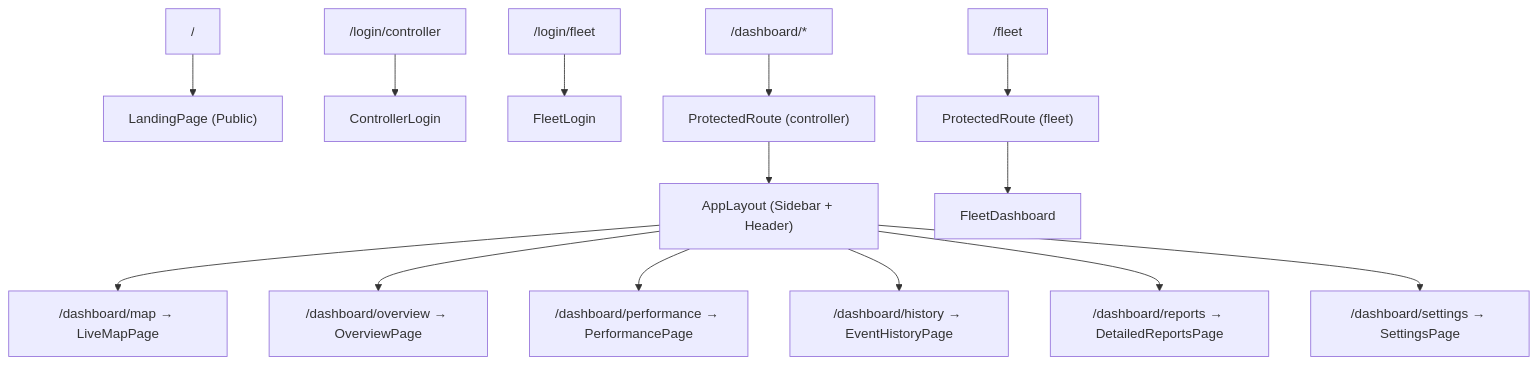
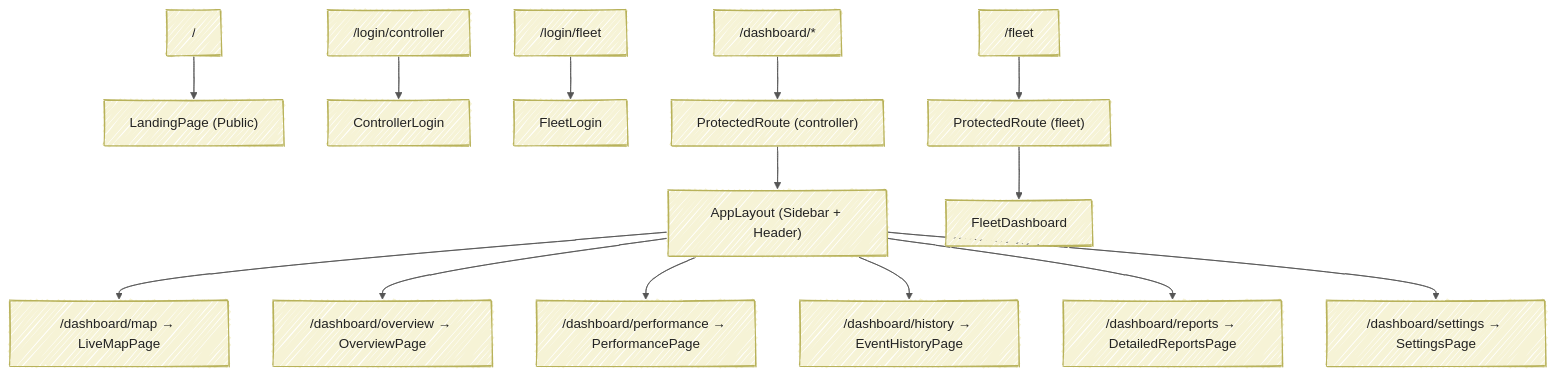
One commit to veeddduuuu/gridlock_prototype changed the sixth of 8 diagrams in README.md. Above: the diagram before and after it, drawn with Mermaid.

Commit message:
Enhance README with Mermaid diagram and styles
Added Mermaid diagram configuration and updated README.

````diff
--- a/README.md
+++ b/README.md
@@ -524,16 +524,34 @@
 ```mermaid
+---
+config:
+  theme: base
+  look: handDrawn
+  themeVariables:
+    primaryColor: "#F6F3D6"
+    primaryBorderColor: "#B8B25A"
+    primaryTextColor: "#222222"
+
+    secondaryColor: "#EEECC8"
+    secondaryBorderColor: "#B8B25A"
+
+    tertiaryColor: "#F9F8E8"
+
+    lineColor: "#555555"
+
+    fontFamily: "'Recursive Variable', sans-serif"
+---
 graph TD
     R["/"] --> LP["LandingPage (Public)"]
     R2["/login/controller"] --> CL["ControllerLogin"]
     R3["/login/fleet"] --> FL["FleetLogin"]
     R4["/dashboard/*"] --> PR1["ProtectedRoute (controller)"]
     PR1 --> AL["AppLayout (Sidebar + Header)"]
     AL --> M["/dashboard/map → LiveMapPage"]
     AL --> O["/dashboard/overview → OverviewPage"]
     AL --> P["/dashboard/performance → PerformancePage"]
     AL --> H["/dashboard/history → EventHistoryPage"]
     AL --> DR["/dashboard/reports → DetailedReportsPage"]
     AL --> S["/dashboard/settings → SettingsPage"]
     R5["/fleet"] --> PR2["ProtectedRoute (fleet)"]
     PR2 --> FDB["FleetDashboard"]
 ```
````
